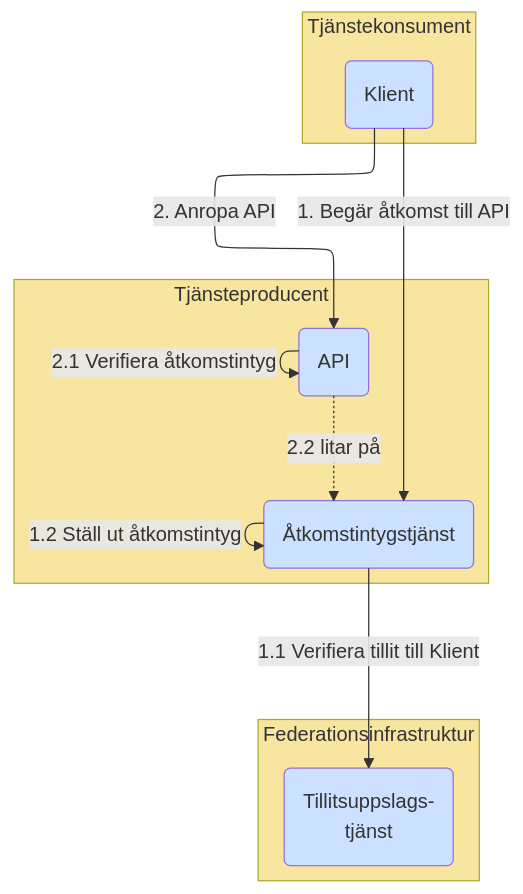
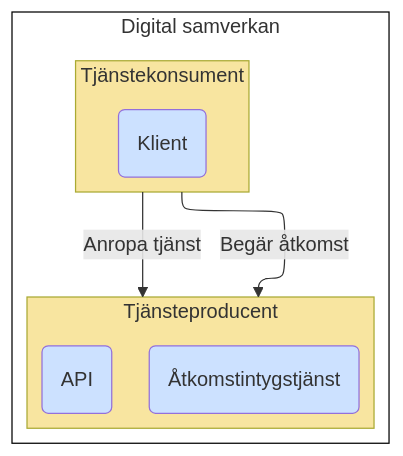
Before and after one commit to diggsweden/ena-authorization: the third of 10 diagrams in architecture/drafts/IAM_TargetArchitecture_Sweden.md, drawn with Mermaid. The commit also changed other lines of this file, not shown here.

````diff
--- a/architecture/drafts/IAM_TargetArchitecture_Sweden.md
+++ b/architecture/drafts/IAM_TargetArchitecture_Sweden.md
@@ -102,32 +121,25 @@
 ```mermaid
 %%{init: {"flowchart": {"defaultRenderer": "elk"}} }%%
 flowchart TB
 
 classDef org fill:#F8E5A0
 classDef comp fill:#CCE1FF
 classDef box fill:#ffffff,stroke:#000000
 
-subgraph po[Tjänsteproducent]
-    p(API):::comp
-    as(Åtkomstintygstjänst):::comp
+subgraph is[Digital samverkan]
+    subgraph po[Tjänsteproducent]
+        p(API):::comp
+        as(Åtkomstintygstjänst):::comp
+    end
+    po:::org
+
+    subgraph co[Tjänstekonsument]
+        c(Klient):::comp
+    end
+    co:::org
 end
-po:::org
+is:::box
 
-subgraph ss[Federationsinfrastruktur]
-    t(Tillitsuppslags-<br>tjänst):::comp
-end
-ss:::org
-
-subgraph co[Tjänstekonsument]
-    c(Klient):::comp
-end
-co:::org
-
-c--<p>1. Begär åtkomst till API-->as
-as--<p>1.1 Verifiera tillit till Klient-->t
-as--<p>1.2 Ställ ut åtkomstintyg-->as
-c--<p>2. Anropa API-->p
-p-- 2.1 Verifiera åtkomstintyg-->p
-p-. 2#46;2 litar på .->as
-
+co--Begär åtkomst-->po
+co--Anropa tjänst-->po
 ```
````
